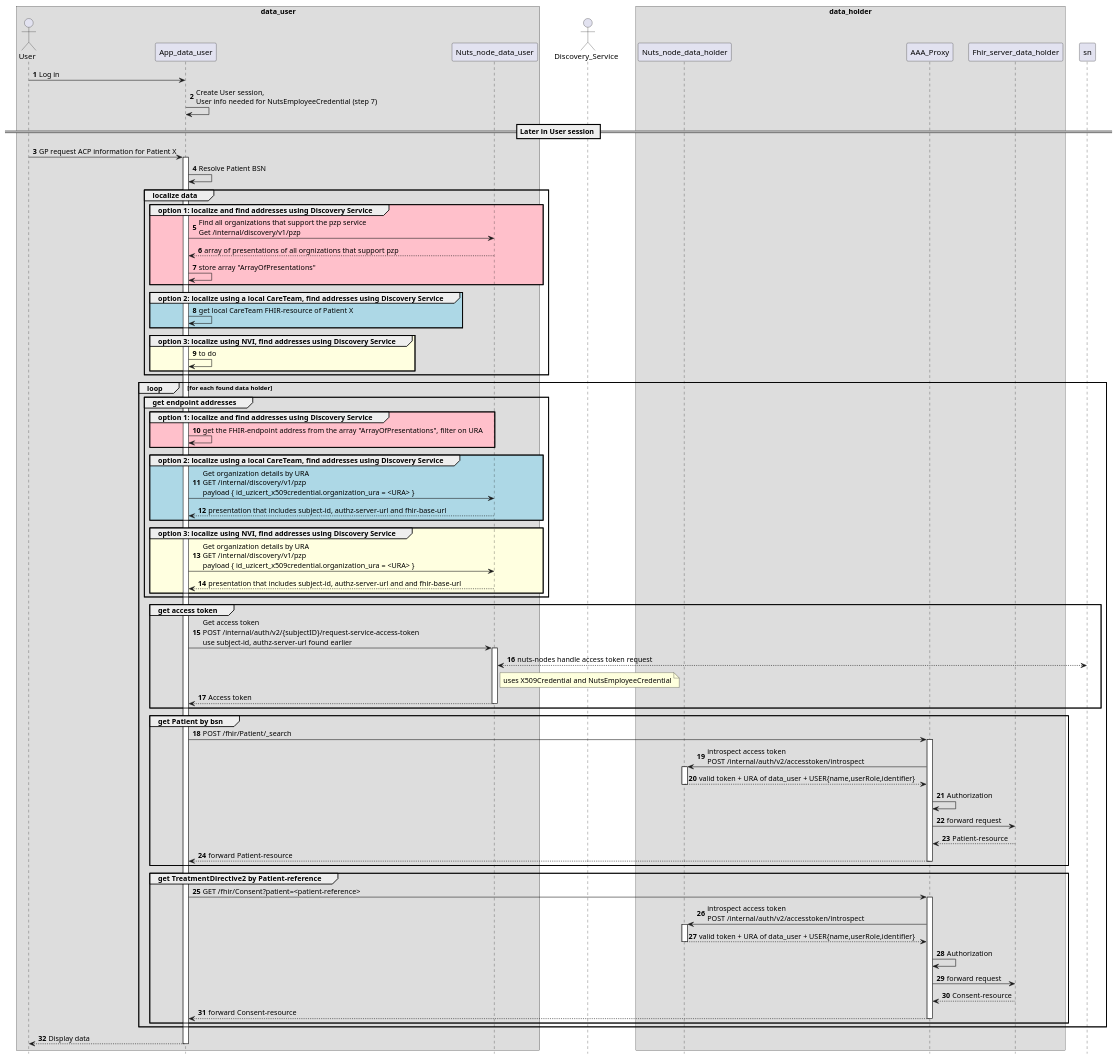
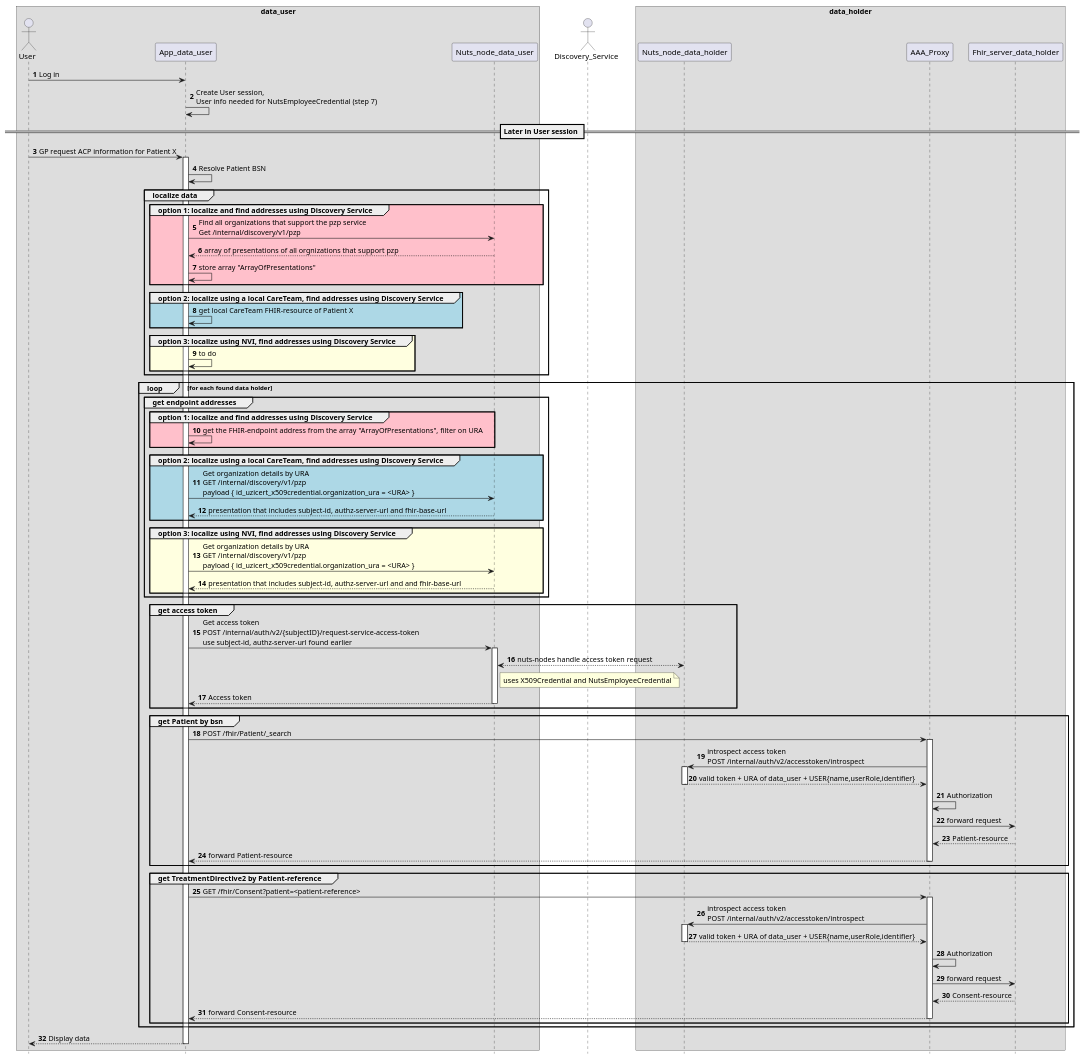
One commit to nuts-foundation/application-on-nuts-acp-pzp changed the diagram in sequence-diagrams/request-data-from-multiple-data-holders.puml. Above: the diagram before and after it, drawn with PlantUML. The commit also changed 1 other file, not shown here.

```diff
--- a/sequence-diagrams/request-data-from-multiple-data-holders.puml
+++ b/sequence-diagrams/request-data-from-multiple-data-holders.puml
@@ -1,103 +1,103 @@
 @startuml
 hide footbox
 autonumber
 skinparam BoxPadding 20
 
 box data_user
 actor User
 participant App_data_user
 participant Nuts_node_data_user
 end box
 
 actor Discovery_Service
 
 box data_holder
 participant Nuts_node_data_holder
 participant AAA_Proxy
 participant Fhir_server_data_holder
 end box
 User -> App_data_user : Log in
 App_data_user -> App_data_user : Create User session, \nUser info needed for NutsEmployeeCredential (step 7)
 
 == Later in User session ==
 
 User -> App_data_user : GP request ACP information for Patient X
 activate App_data_user
     App_data_user -> App_data_user: Resolve Patient BSN
 
     group localize data
         group #pink option 1: localize and find addresses using Discovery Service
             App_data_user -> Nuts_node_data_user: Find all organizations that support the pzp service \nGet /internal/discovery/v1/pzp
             Nuts_node_data_user --> App_data_user: array of presentations of all orgnizations that support pzp
             App_data_user-> App_data_user: store array "ArrayOfPresentations"
         end group
 
         group #lightblue option 2: localize using a local CareTeam, find addresses using Discovery Service
             App_data_user -> App_data_user: get local CareTeam FHIR-resource of Patient X
         end group
 
         group #LightYellow option 3: localize using NVI, find addresses using Discovery Service
             App_data_user->App_data_user: to do
         end group
     end group
 
     loop for each found data holder
         group get endpoint addresses
             group #pink option 1: localize and find addresses using Discovery Service
                 App_data_user-> App_data_user: get the FHIR-endpoint address from the array "ArrayOfPresentations", filter on URA
             end group
             
             group #lightblue option 2: localize using a local CareTeam, find addresses using Discovery Service
                 App_data_user -> Nuts_node_data_user: Get organization details by URA \nGET /internal/discovery/v1/pzp \npayload { id_uzicert_x509credential.organization_ura = <URA> }
                 Nuts_node_data_user --> App_data_user: presentation that includes subject-id, authz-server-url and fhir-base-url
             end group
 
             group #LightYellow option 3: localize using NVI, find addresses using Discovery Service
                 App_data_user -> Nuts_node_data_user: Get organization details by URA \nGET /internal/discovery/v1/pzp \npayload { id_uzicert_x509credential.organization_ura = <URA> }
                 Nuts_node_data_user --> App_data_user: presentation that includes subject-id, authz-server-url and and fhir-base-url
             end group
         end group
 
         group get access token    
             App_data_user -> Nuts_node_data_user: Get access token \nPOST /internal/auth/v2/{subjectID}/request-service-access-token \nuse subject-id, authz-server-url found earlier
             activate Nuts_node_data_user
-                Nuts_node_data_user <--> sn : nuts-nodes handle access token request
+                Nuts_node_data_user <--> Nuts_node_data_holder : nuts-nodes handle access token request
                 note right of Nuts_node_data_user : uses X509Credential and NutsEmployeeCredential
                 Nuts_node_data_user --> App_data_user : Access token
             deactivate Nuts_node_data_user
         end group
 
         group get Patient by bsn
             App_data_user -> AAA_Proxy: POST /fhir/Patient/_search
             activate AAA_Proxy
                 AAA_Proxy -> Nuts_node_data_holder : introspect access token\nPOST /internal/auth/v2/accesstoken/introspect
                 activate Nuts_node_data_holder
                     Nuts_node_data_holder-->AAA_Proxy : valid token + URA of data_user + USER{name,userRole,identifier}
                 deactivate Nuts_node_data_holder
                 AAA_Proxy -> AAA_Proxy: Authorization
                 AAA_Proxy->Fhir_server_data_holder: forward request
                 Fhir_server_data_holder-->AAA_Proxy: Patient-resource
                 AAA_Proxy --> App_data_user: forward Patient-resource
             deactivate AAA_Proxy
         end group
 
         group get TreatmentDirective2 by Patient-reference
             App_data_user -> AAA_Proxy: GET /fhir/Consent?patient=<patient-reference>
             activate AAA_Proxy
                 AAA_Proxy -> Nuts_node_data_holder : introspect access token\nPOST /internal/auth/v2/accesstoken/introspect
                 activate Nuts_node_data_holder
                     Nuts_node_data_holder-->AAA_Proxy : valid token + URA of data_user + USER{name,userRole,identifier}
                 deactivate Nuts_node_data_holder
                 AAA_Proxy -> AAA_Proxy: Authorization
                 AAA_Proxy->Fhir_server_data_holder: forward request
                 Fhir_server_data_holder-->AAA_Proxy: Consent-resource
                 AAA_Proxy --> App_data_user: forward Consent-resource
             deactivate AAA_Proxy
         end group
 
     end loop
     
     App_data_user-->User : Display data
 deactivate App_data_user
 
 @enduml
```
